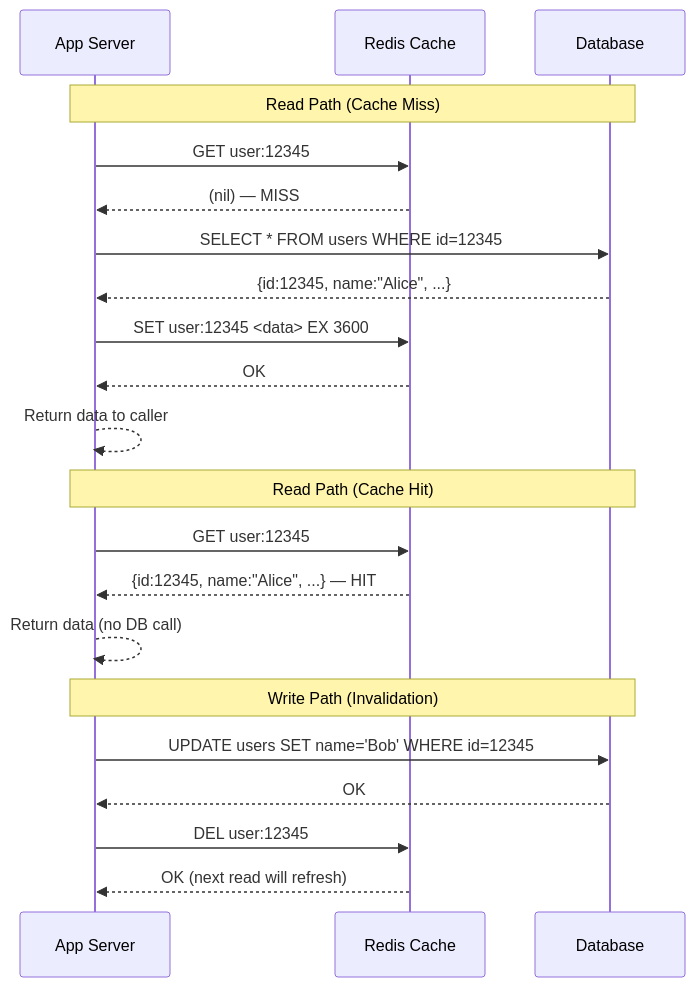
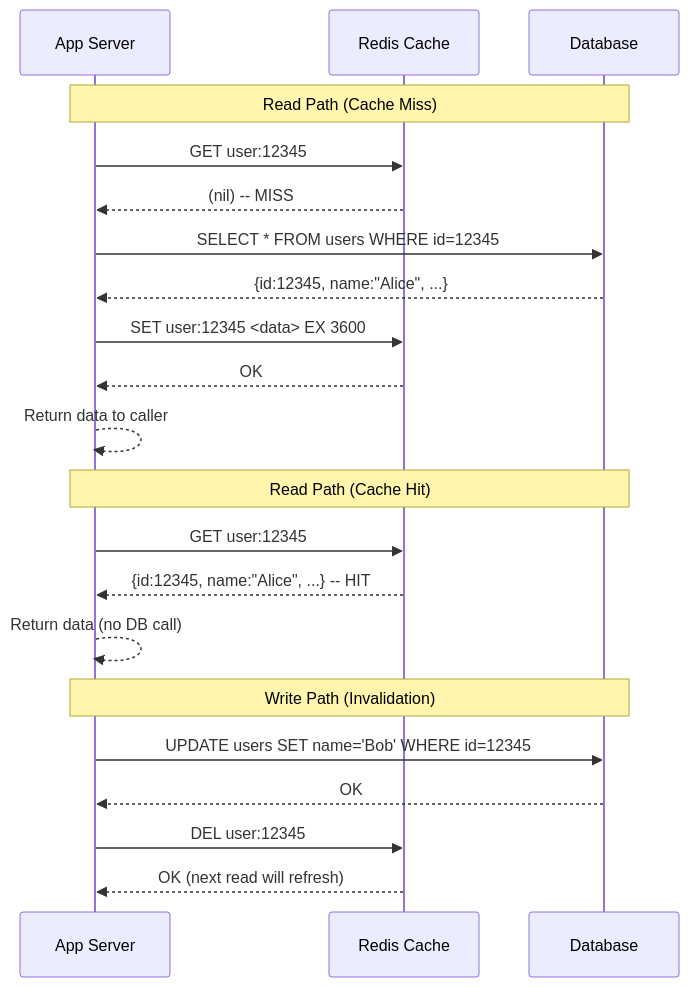
The seventh of 22 diagrams in Section0/Chapter_6_Core_Building_Blocks.md (ranjeetnegi/System-Design-for-Staff-SWE), drawn with Mermaid before and after one commit. The commit also changed other lines of this file and 11 other files, not shown here.

````diff
--- a/Section0/Chapter_6_Core_Building_Blocks.md
+++ b/Section0/Chapter_6_Core_Building_Blocks.md
@@ -448,26 +448,26 @@
 ```mermaid
 sequenceDiagram
     participant App as App Server
     participant Cache as Redis Cache
     participant DB as Database
 
     Note over App,DB: Read Path (Cache Miss)
     App->>Cache: GET user:12345
-    Cache-->>App: (nil) — MISS
+    Cache-->>App: (nil) -- MISS
     App->>DB: SELECT * FROM users WHERE id=12345
     DB-->>App: {id:12345, name:"Alice", ...}
     App->>Cache: SET user:12345 <data> EX 3600
     Cache-->>App: OK
     App-->>App: Return data to caller
 
     Note over App,DB: Read Path (Cache Hit)
     App->>Cache: GET user:12345
-    Cache-->>App: {id:12345, name:"Alice", ...} — HIT
+    Cache-->>App: {id:12345, name:"Alice", ...} -- HIT
     App-->>App: Return data (no DB call)
 
     Note over App,DB: Write Path (Invalidation)
     App->>DB: UPDATE users SET name='Bob' WHERE id=12345
     DB-->>App: OK
     App->>Cache: DEL user:12345
     Cache-->>App: OK (next read will refresh)
 ```
````
